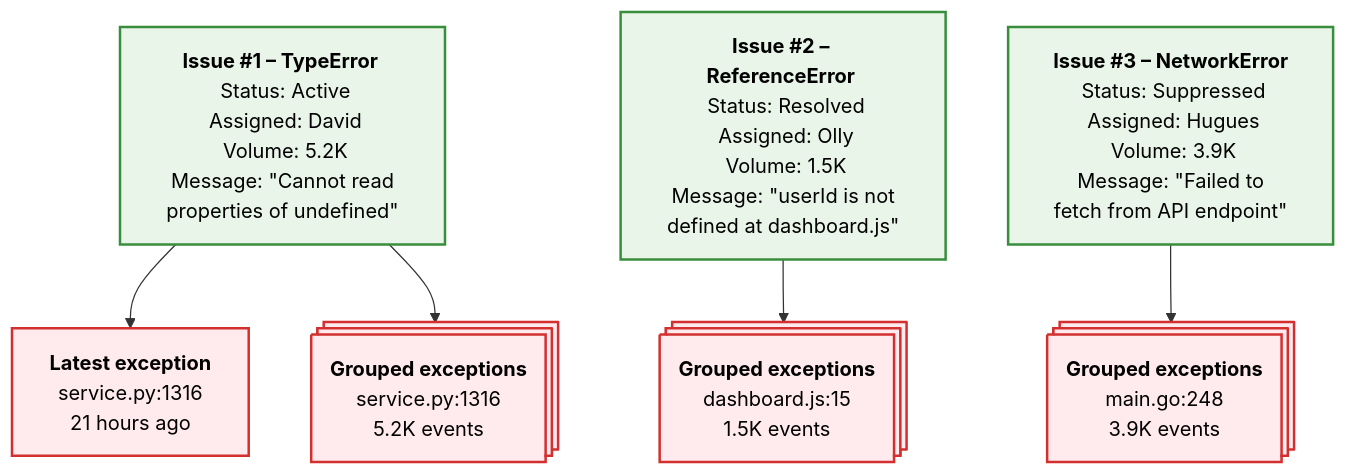
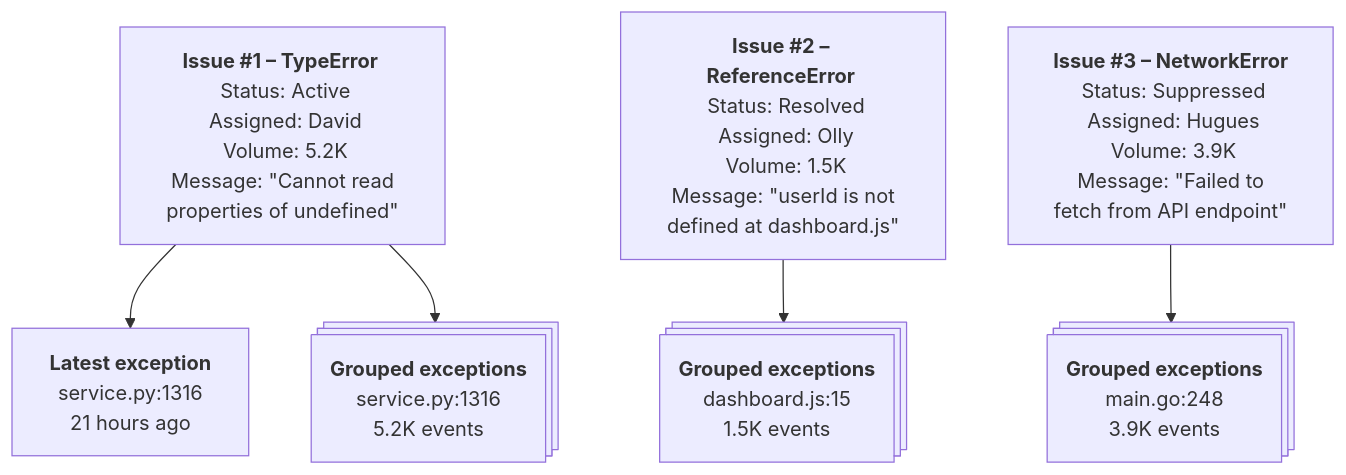
Before and after one commit to PostHog/posthog.com: the first of 2 diagrams in contents/docs/error-tracking/issues-and-exceptions.mdx, drawn with Mermaid. The commit also changed other lines of this file, not shown here.

Commit message:
darkmode mermaid

````diff
--- a/contents/docs/error-tracking/issues-and-exceptions.mdx
+++ b/contents/docs/error-tracking/issues-and-exceptions.mdx
@@ -60,29 +60,23 @@
 ```mermaid
 flowchart TD
 
     I1["<strong>Issue #1 – TypeError </strong><br/> Status: Active<br/> Assigned: David<br/> Volume: 5.2K<br/> Message: #quot;Cannot read properties of undefined#quot;"]
 
     I2["<strong>Issue #2 – ReferenceError </strong><br/> Status: Resolved<br/> Assigned: Olly<br/> Volume: 1.5K<br/> Message: #quot;userId is not defined at dashboard.js#quot;"]
 
     I3["<strong>Issue #3 – NetworkError</strong><br/> Status: Suppressed<br/> Assigned: Hugues<br/> Volume: 3.9K<br/> Message: #quot;Failed to fetch from API endpoint#quot;"]
     
     E1["<strong>Latest exception</strong><br/>service.py:1316<br/>21 hours ago"]
 
     E2@{ shape: processes, label: "<strong>Grouped exceptions</strong><br/>service.py:1316<br/>5.2K events" }
     
     E3@{ shape: processes, label: "<strong>Grouped exceptions</strong><br/>dashboard.js:15<br/>1.5K events" }
 
     E4@{ shape: processes, label: "<strong>Grouped exceptions</strong><br/>main.go:248<br/>3.9K events" }
     
     I1 --> E1
     I1 --> E2
     I2 --> E3
     I3 --> E4
-    
-    classDef exceptionStyle fill:#ffebee,stroke:#d32f2f,stroke-width:2px,color:#000
-    classDef issueStyle fill:#e8f5e8,stroke:#388e3c,stroke-width:2px,color:#000
-    
-    class E1,E2,E3,E4 exceptionStyle
-    class I1,I2,I3 issueStyle
 
 ```
````
